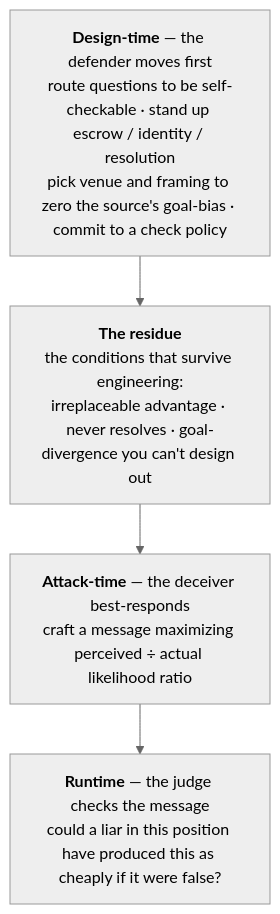
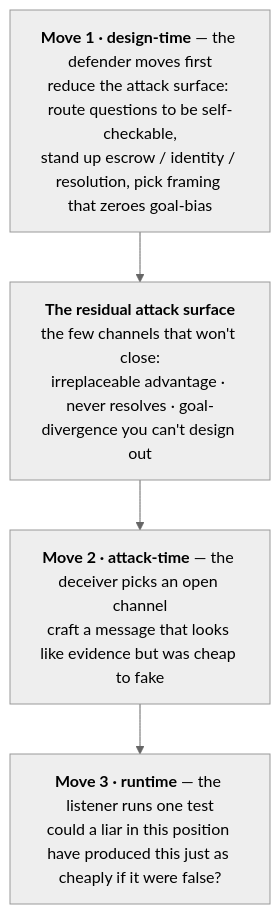
The diagram in apps/reasoning-processes/src/content/docs/concepts/untrustworthy-sources.md (quantified-uncertainty/cairn), drawn with Mermaid (neutral theme) before and after one commit. The commit also changed other lines of this file and 3 other files, not shown here.

First line of the commit message:
untrustworthy-sources: narrative rewrite around one idea + attack-surface frame

````diff
--- a/apps/reasoning-processes/src/content/docs/concepts/untrustworthy-sources.md
+++ b/apps/reasoning-processes/src/content/docs/concepts/untrustworthy-sources.md
@@ -47,7 +52,7 @@
 ```mermaid
 flowchart TD
-    D["<b>Design-time</b> — the defender moves first<br/>route questions to be self-checkable · stand up escrow / identity / resolution<br/>pick venue and framing to zero the source's goal-bias · commit to a check policy"]
-    D --> R["<b>The residue</b><br/>the conditions that survive engineering:<br/>irreplaceable advantage · never resolves · goal-divergence you can't design out"]
-    R --> A["<b>Attack-time</b> — the deceiver best-responds<br/>craft a message maximizing perceived ÷ actual likelihood ratio"]
-    A --> J["<b>Runtime</b> — the judge checks the message<br/>could a liar in this position have produced this as cheaply if it were false?"]
+    D["<b>Move 1 · design-time</b> — the defender moves first<br/>reduce the attack surface: route questions to be self-checkable,<br/>stand up escrow / identity / resolution, pick framing that zeroes goal-bias"]
+    D --> R["<b>The residual attack surface</b><br/>the few channels that won't close:<br/>irreplaceable advantage · never resolves · goal-divergence you can't design out"]
+    R --> A["<b>Move 2 · attack-time</b> — the deceiver picks an open channel<br/>craft a message that looks like evidence but was cheap to fake"]
+    A --> J["<b>Move 3 · runtime</b> — the listener runs one test<br/>could a liar in this position have produced this just as cheaply if it were false?"]
 ```
````
